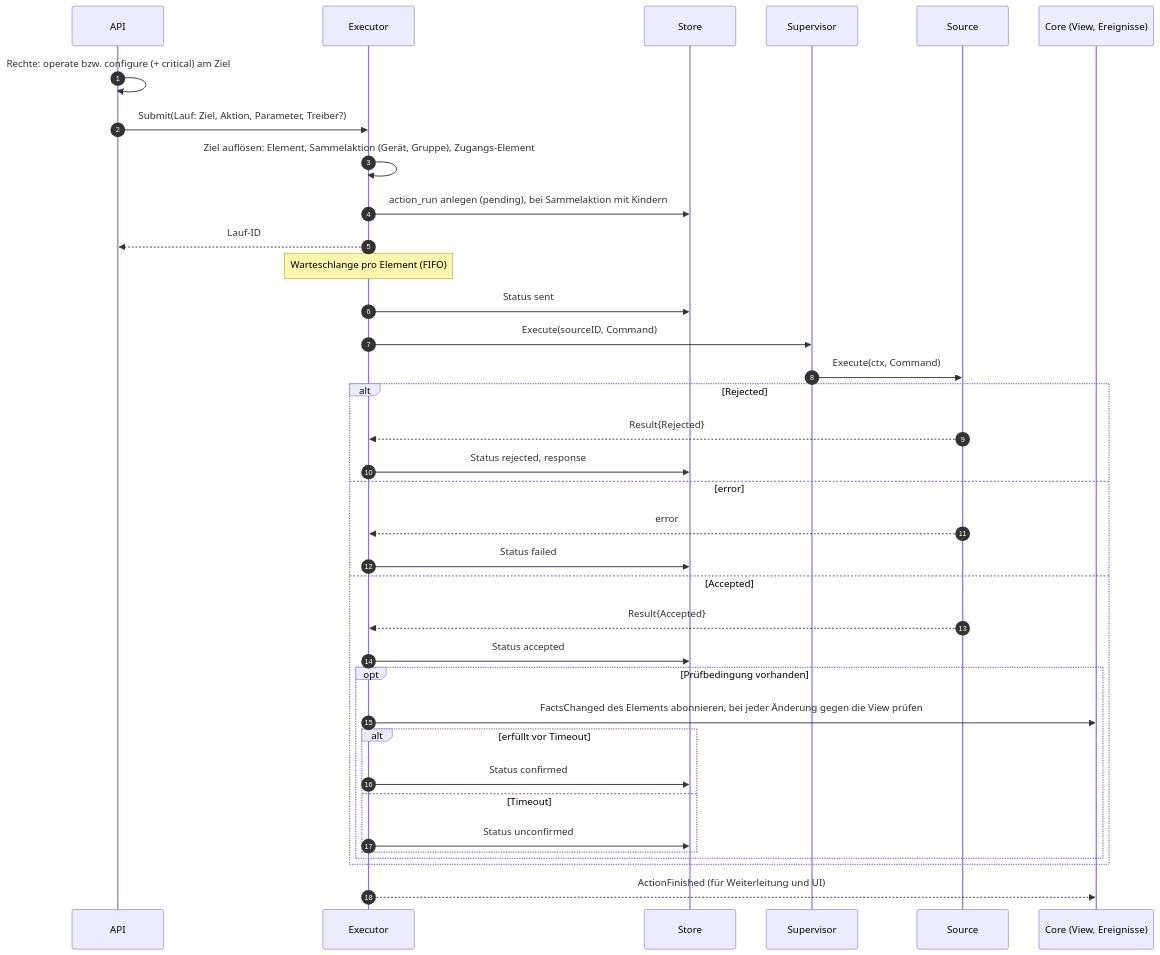
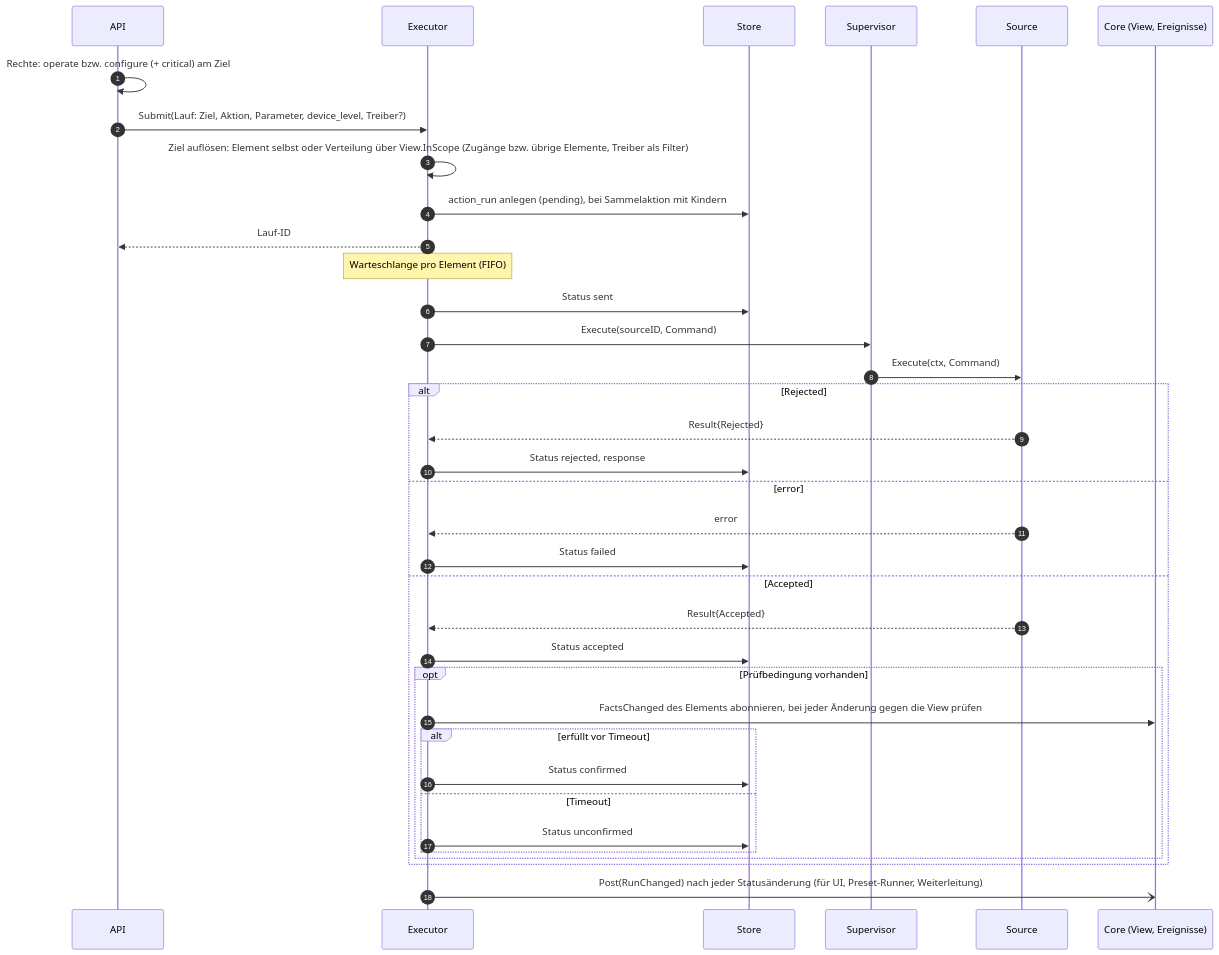
One commit to lukirs95/monika changed the fourth of 6 diagrams in docs/contracts/flows.md. Above: the diagram before and after it, drawn with Mermaid. The commit also changed other lines of this file and 8 other files, not shown here.

First line of the commit message:
docs: apply architecture audit to contracts, API and status

````diff
--- a/docs/contracts/flows.md
+++ b/docs/contracts/flows.md
@@ -110,39 +121,39 @@
 ```mermaid
 sequenceDiagram
     autonumber
     participant A as API
     participant X as Executor
     participant S as Store
     participant Sup as Supervisor
     participant Src as Source
     participant C as Core (View, Ereignisse)
 
     A->>A: Rechte: operate bzw. configure (+ critical) am Ziel
-    A->>X: Submit(Lauf: Ziel, Aktion, Parameter, Treiber?)
-    X->>X: Ziel auflösen: Element, Sammelaktion (Gerät, Gruppe), Zugangs-Element
+    A->>X: Submit(Lauf: Ziel, Aktion, Parameter, device_level, Treiber?)
+    X->>X: Ziel auflösen: Element selbst oder Verteilung über View.InScope (Zugänge bzw. übrige Elemente, Treiber als Filter)
     X->>S: action_run anlegen (pending), bei Sammelaktion mit Kindern
     X-->>A: Lauf-ID
     Note over X: Warteschlange pro Element (FIFO)
     X->>S: Status sent
     X->>Sup: Execute(sourceID, Command)
     Sup->>Src: Execute(ctx, Command)
     alt Rejected
         Src-->>X: Result{Rejected}
         X->>S: Status rejected, response
     else error
         Src-->>X: error
         X->>S: Status failed
     else Accepted
         Src-->>X: Result{Accepted}
         X->>S: Status accepted
         opt Prüfbedingung vorhanden
             X->>C: FactsChanged des Elements abonnieren, bei jeder Änderung gegen die View prüfen
             alt erfüllt vor Timeout
                 X->>S: Status confirmed
             else Timeout
                 X->>S: Status unconfirmed
             end
         end
     end
-    X-->>C: ActionFinished (für Weiterleitung und UI)
+    X-)C: Post(RunChanged) nach jeder Statusänderung (für UI, Preset-Runner, Weiterleitung)
 ```
````
